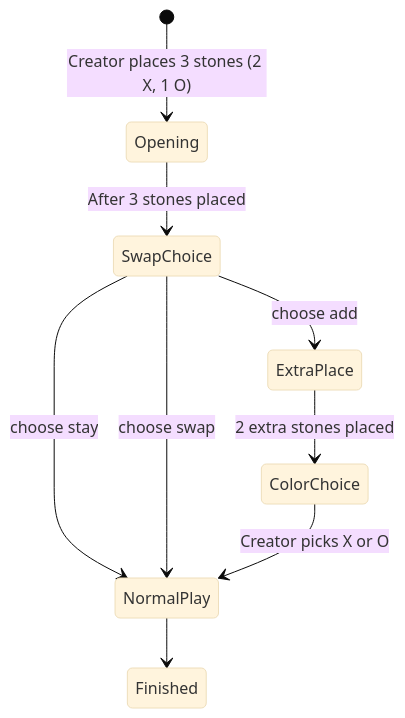
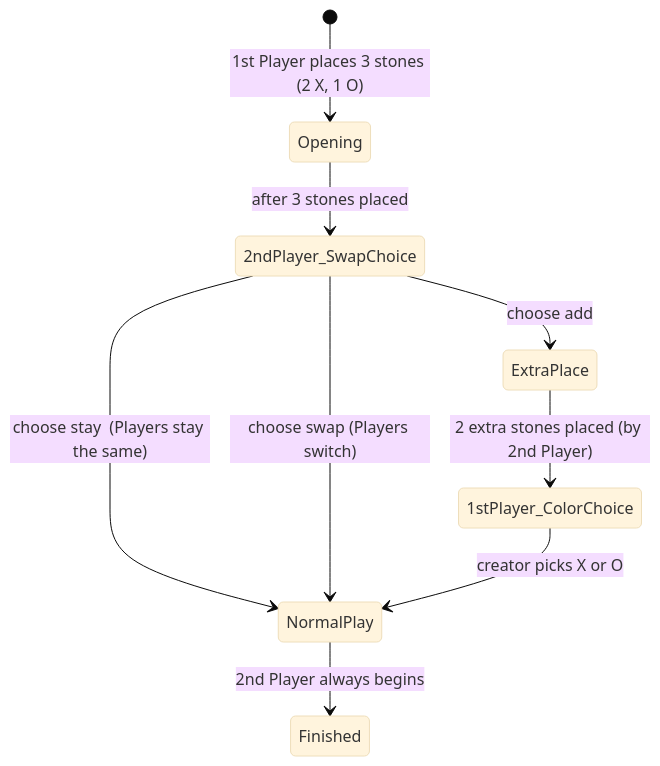
Before and after one commit to tibfox/okinoko-in_a_row: the diagram in readme.md, drawn with Mermaid (base theme). The commit also changed other lines of this file and 6 other files, not shown here.

````diff
--- a/readme.md
+++ b/readme.md
@@ -146,11 +163,11 @@
 ```mermaid
 stateDiagram-v2
-    [*] --> Opening: Creator places 3 stones (2 X, 1 O)
-    Opening --> SwapChoice: After 3 stones placed
-    SwapChoice --> NormalPlay: choose stay
-    SwapChoice --> NormalPlay: choose swap
-    SwapChoice --> ExtraPlace: choose add
-    ExtraPlace --> ColorChoice: 2 extra stones placed
-    ColorChoice --> NormalPlay: Creator picks X or O
-    NormalPlay --> Finished
+    [*] --> Opening: 1st Player places 3 stones (2 X, 1 O)
+    Opening --> 2ndPlayer_SwapChoice: after 3 stones placed
+    2ndPlayer_SwapChoice --> NormalPlay: choose stay  (Players stay the same)
+    2ndPlayer_SwapChoice --> ExtraPlace: choose add
+    2ndPlayer_SwapChoice --> NormalPlay: choose swap (Players switch)
+    ExtraPlace --> 1stPlayer_ColorChoice: 2 extra stones placed (by 2nd Player)
+    1stPlayer_ColorChoice --> NormalPlay: creator picks X or O
+    NormalPlay --> Finished: 2nd Player always begins
 ```
````
